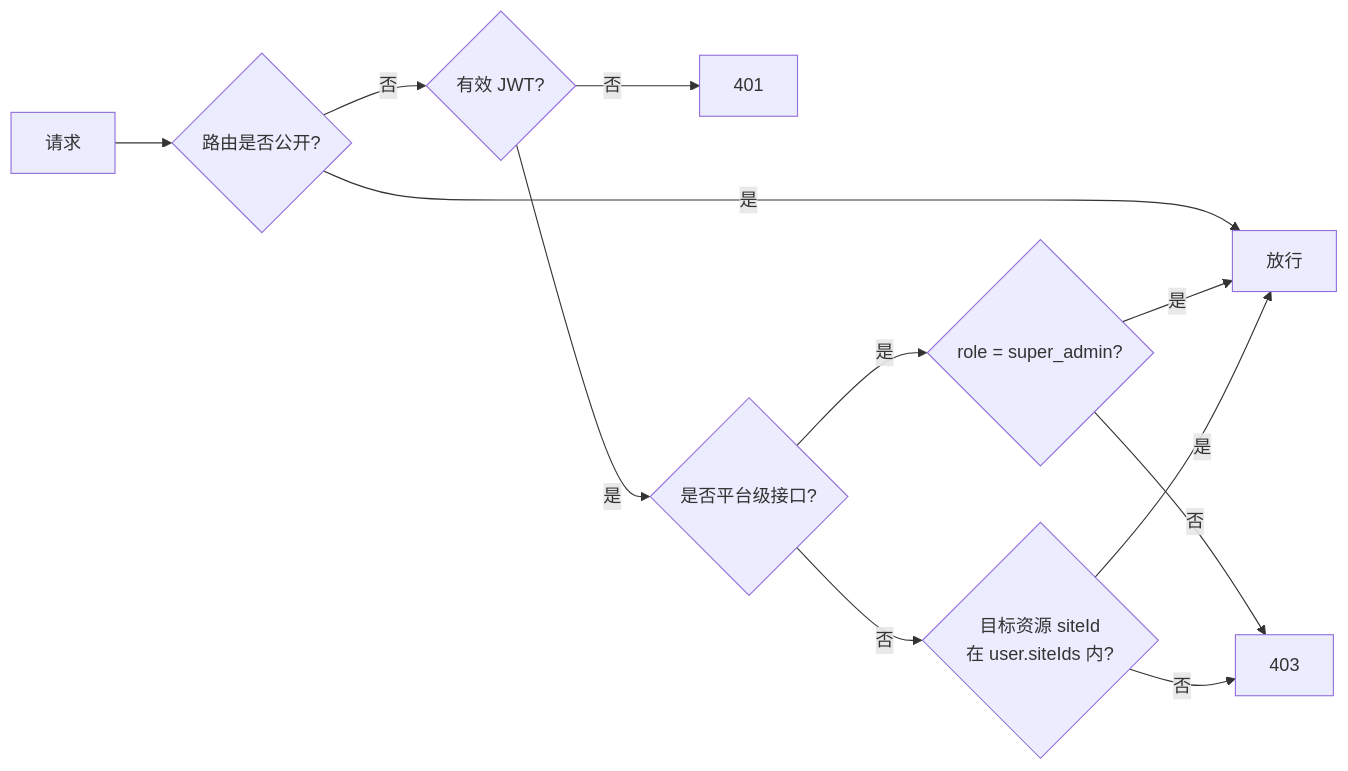
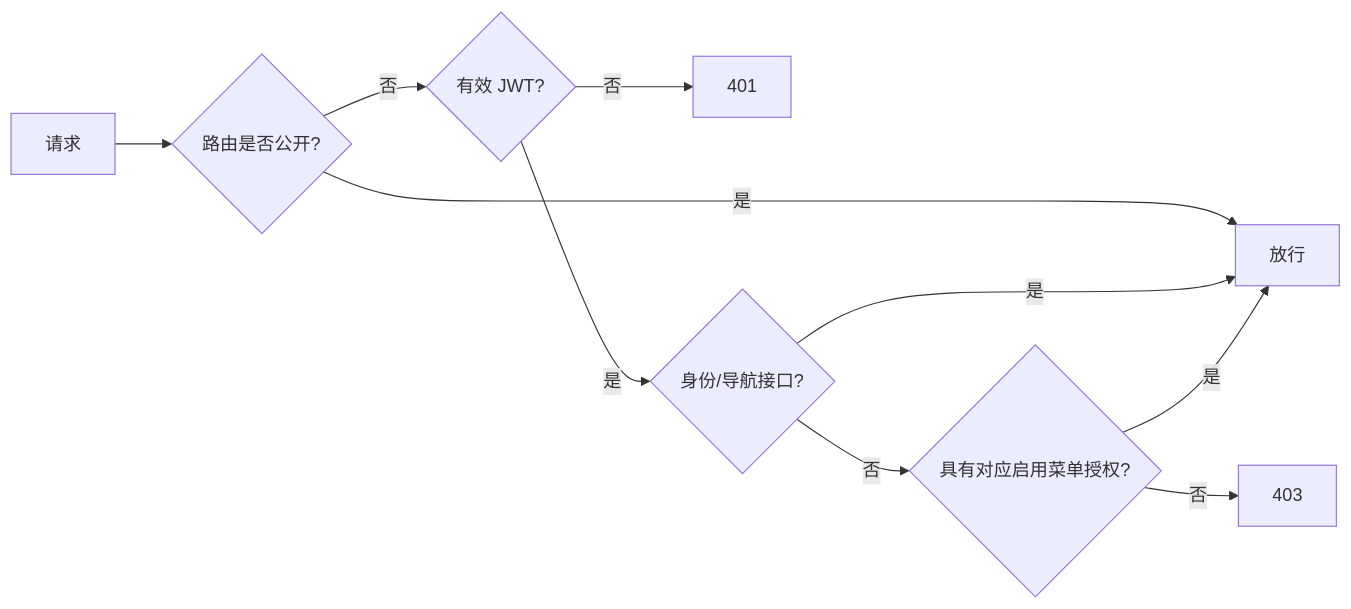
The diagram in docs/spec/05-api-contract.md (ht-sauce/trillion-cms-platform), drawn with Mermaid before and after one commit. The commit also changed other lines of this file and 122 other files, not shown here.

````diff
--- a/docs/spec/05-api-contract.md
+++ b/docs/spec/05-api-contract.md
@@ -45,14 +46,12 @@
 ```mermaid
 flowchart LR
   A["请求"] --> B{"路由是否公开?"}
   B -->|是| OK1["放行"]
   B -->|否| C{"有效 JWT?"}
   C -->|否| E1["401"]
-  C -->|是| D{"是否平台级接口?"}
-  D -->|否| E{"目标资源 siteId<br/>在 user.siteIds 内?"}
-  D -->|是| F{"role = super_admin?"}
-  F -->|否| E2["403"]
-  F -->|是| OK1
-  E -->|否| E2
+  C -->|是| D{"身份/导航接口?"}
+  D -->|是| OK1
+  D -->|否| E{"具有对应启用菜单授权?"}
+  E -->|否| E2["403"]
   E -->|是| OK1
 ```
````
